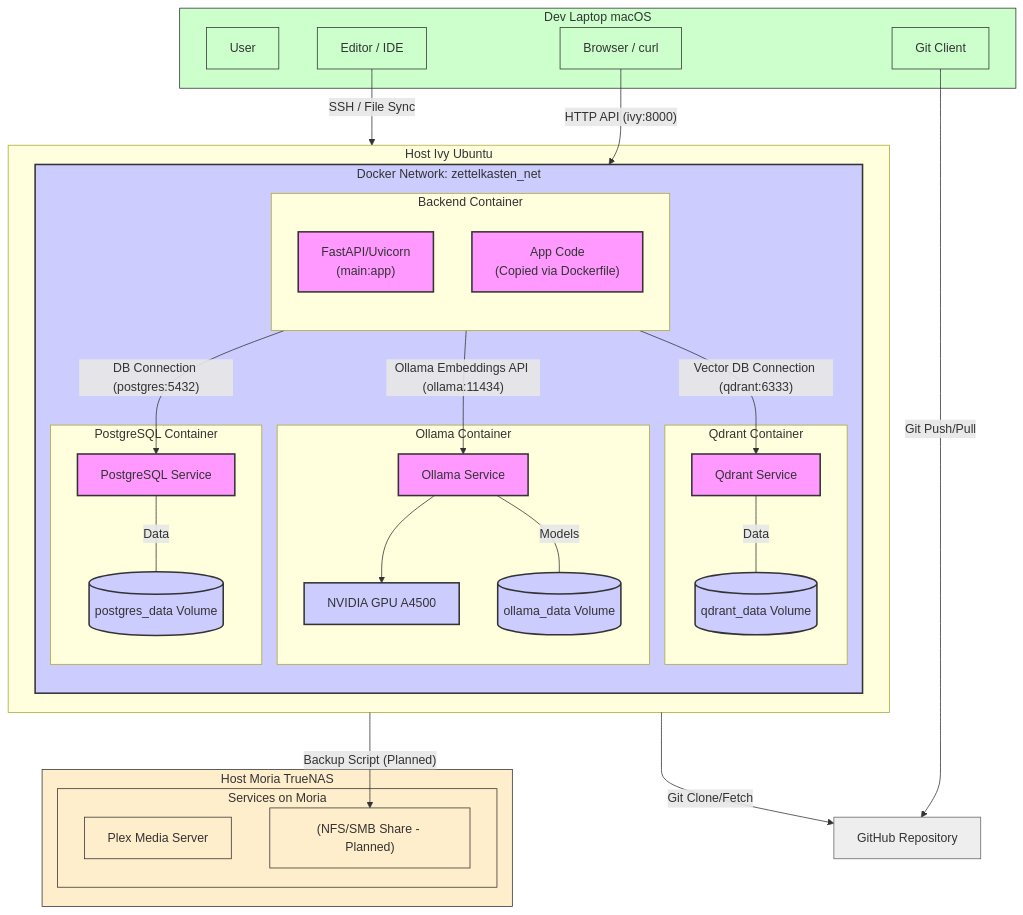
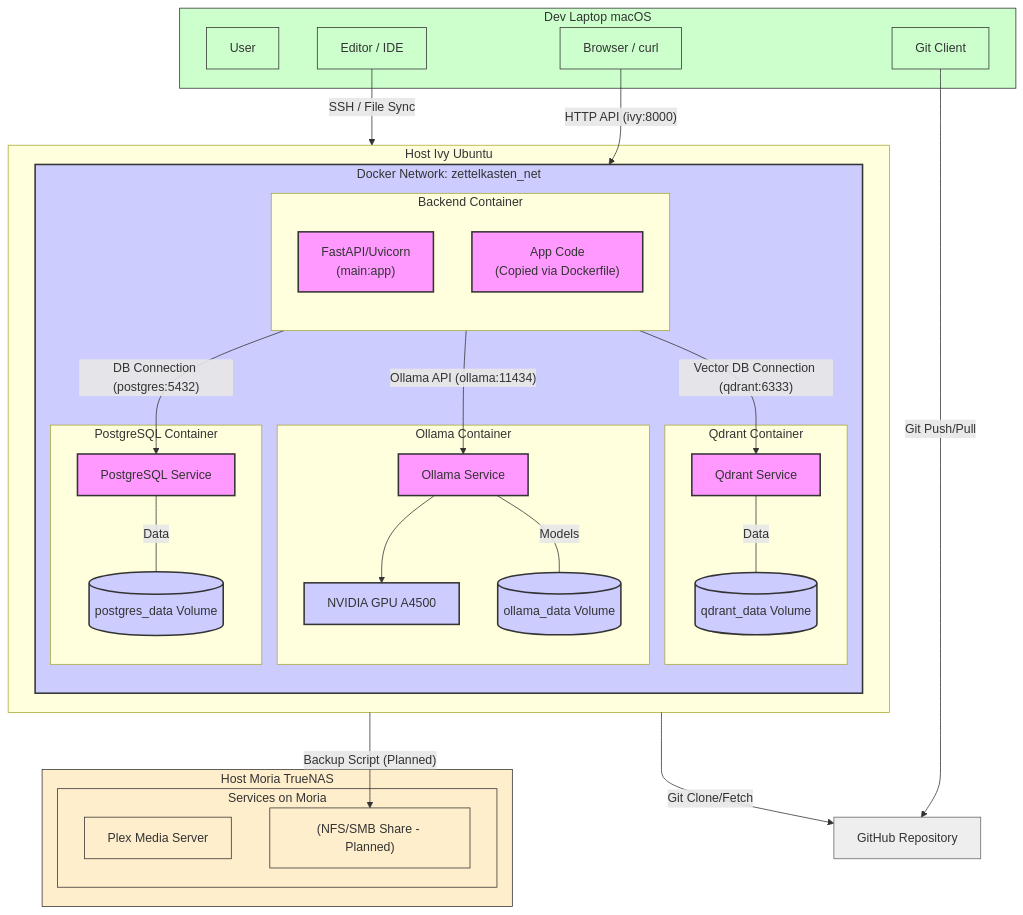
One commit to EldestGruff/Zettelkasten-Project-Ivy changed the diagram in ARCHITECTURE.md. Above: the diagram before and after it, drawn with Mermaid. The commit also changed other lines of this file, not shown here.

```diff
--- a/ARCHITECTURE.md
+++ b/ARCHITECTURE.md
@@ -26,21 +27,26 @@
     subgraph Ivy [Host Ivy Ubuntu]
         subgraph DockerNet [Docker Network: zettelkasten_net]
             direction TB
+
             subgraph BackendContainer [Backend Container]
                  direction TB
                  BACKEND_UVICORN["FastAPI/Uvicorn\n(main:app)"]:::docker
                  BACKEND_CODE["App Code\n(Copied via Dockerfile)"]:::docker
             end
+
             subgraph OllamaContainer [Ollama Container]
                  OLLAMA_SVC[Ollama Service]:::docker --> GPU[NVIDIA GPU A4500]
                  OLLAMA_SVC -- Models --- VOL_OLLAMA[(ollama_data Volume)]
             end
+
             subgraph QdrantContainer [Qdrant Container]
                  QDRANT_SVC[Qdrant Service]:::docker -- Data --- VOL_QDRANT[(qdrant_data Volume)]
             end
+
              subgraph PostgresContainer [PostgreSQL Container]
                  POSTGRES_SVC[PostgreSQL Service]:::docker -- Data --- VOL_PG[(postgres_data Volume)]
              end
+
         end
         class DockerNet host
     end
@@ -59,13 +65,14 @@
     end
     class Moria storage
 
+
     %% Connections
     BROWSER -- "HTTP API (ivy:8000)" --> BACKEND_UVICORN
         %% Port exposed by Docker Compose
     %% Internal Docker Network Connections (Using Service Names)
     BACKEND_UVICORN -- "DB Connection (postgres:5432)" --> POSTGRES_SVC
     BACKEND_UVICORN -- "Vector DB Connection (qdrant:6333)" --> QDRANT_SVC
-    BACKEND_UVICORN -- "Ollama Embeddings API (ollama:11434)" --> OLLAMA_SVC
+    BACKEND_UVICORN -- "Ollama API (ollama:11434)" --> OLLAMA_SVC
 
     %% Development & Git
     EDITOR -- "SSH / File Sync" --> Ivy
```
